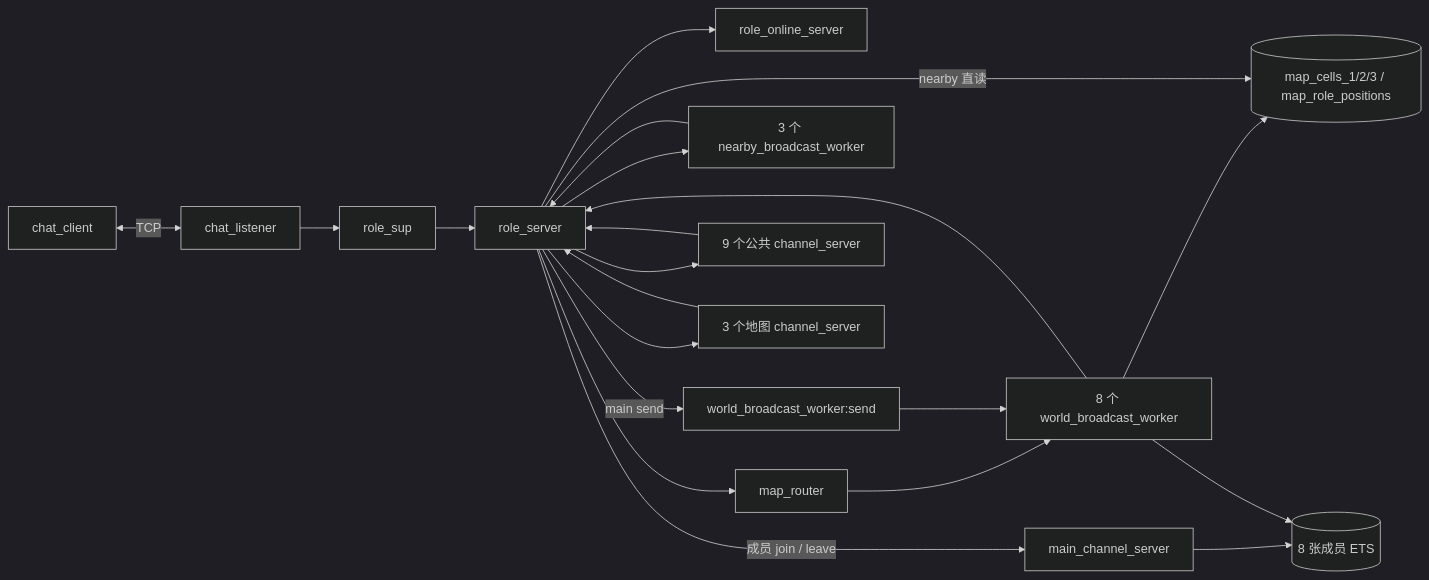
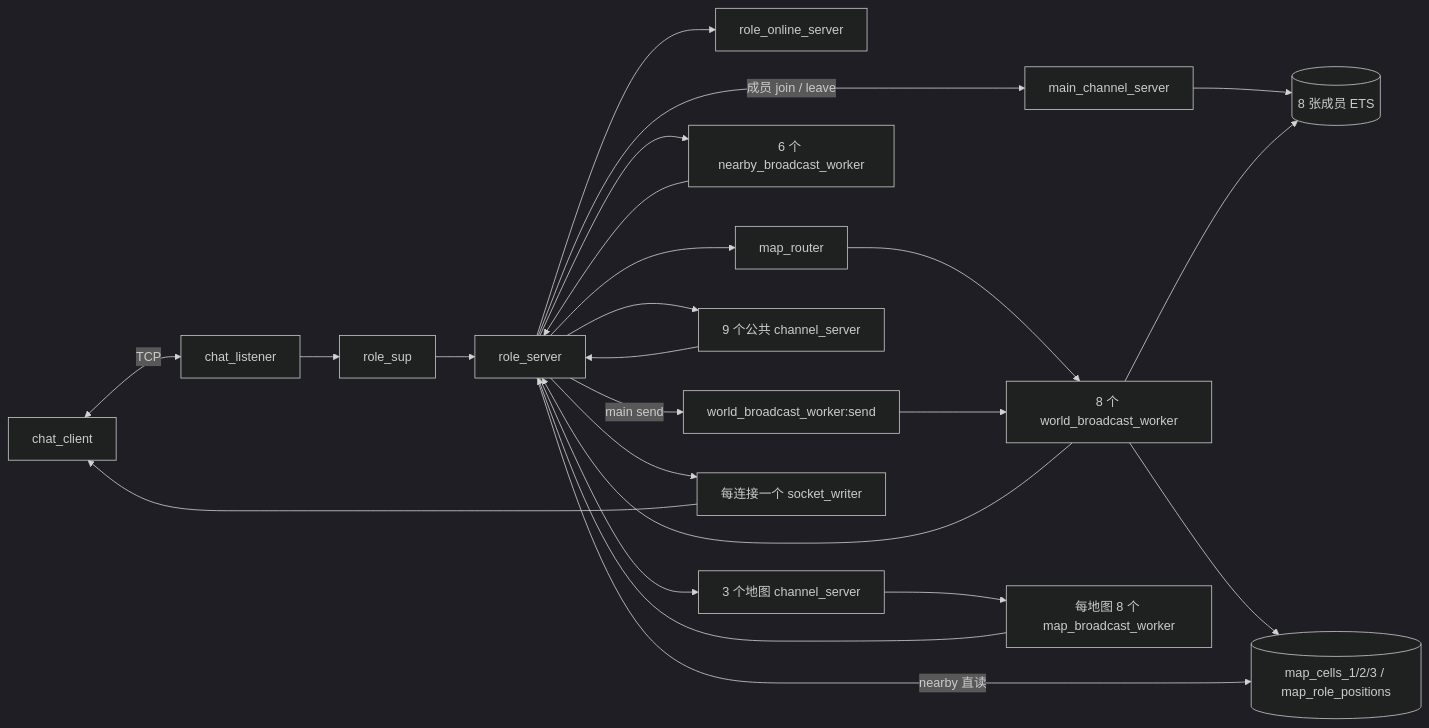
Before and after one commit to chrison18/erlang-game-chat-server: the first of 6 diagrams in docs/Chat V1.3 设计文档.md, drawn with Mermaid (dark theme). The commit also changed other lines of this file and 21 other files, not shown here.

First line of the commit message:
feat(v1.3): 完成多地图聊天与万客户端容量改造

````diff
--- a/docs/Chat V1.3 设计文档.md
+++ b/docs/Chat V1.3 设计文档.md
@@ -27,26 +28,29 @@
 ```mermaid
 flowchart LR
     Client[chat_client] <-->|TCP| Listener[chat_listener]
     Listener --> RoleSup[role_sup]
     RoleSup --> Role[role_server]
 
     Role --> Online[role_online_server]
     Role --> Router[map_router]
     Router --> Workers[map_worker_1 / 2 / 3]
     Workers --> MapETS[(map_cells_1/2/3 / map_role_positions)]
     Role -->|nearby 直读| MapETS
-    Role --> NearbyWorkers[3 个 nearby_broadcast_worker]
+    Role --> NearbyWorkers[6 个 nearby_broadcast_worker]
     NearbyWorkers --> Role
 
     Role -->|成员 join / leave| Main[main_channel_server]
     Main --> WorldETS[(8 张成员 ETS)]
     Role -->|main send| Publish[world_broadcast_worker:send]
     Publish --> Workers[8 个 world_broadcast_worker]
     Workers --> WorldETS
     Workers --> Role
 
     Role --> Public[9 个公共 channel_server]
     Role --> MapChannel[3 个地图 channel_server]
     Public --> Role
-    MapChannel --> Role
+    MapChannel --> MapBroadcast[每地图 8 个 map_broadcast_worker]
+    MapBroadcast --> Role
+    Role --> SocketWriter[每连接一个 socket_writer]
+    SocketWriter --> Client
 ```
````
